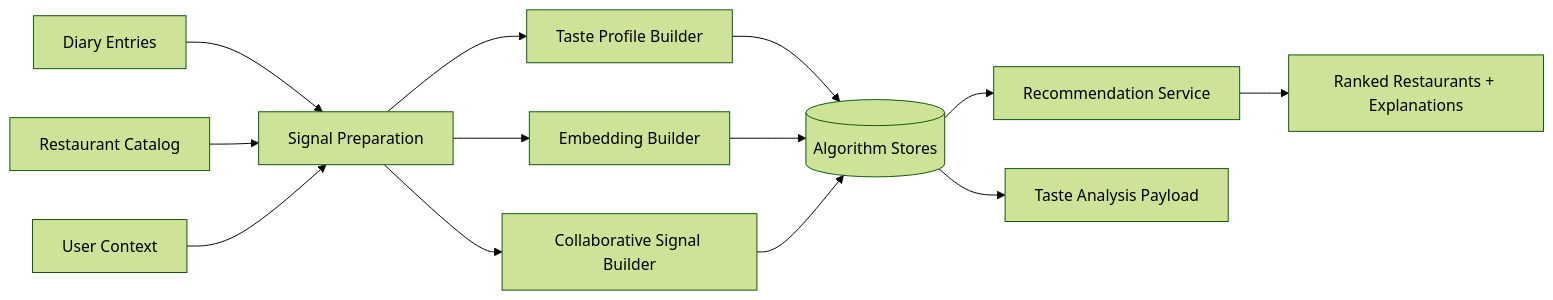
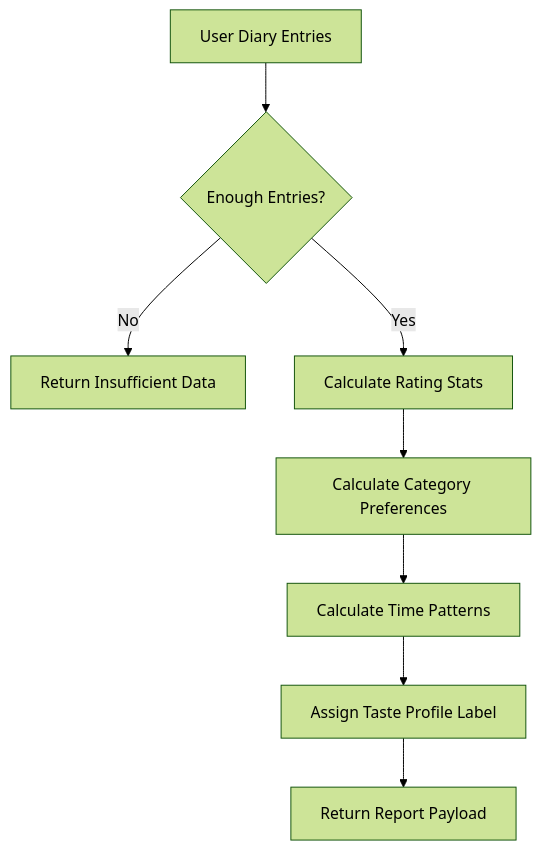
The second of 3 diagrams in juneha-algorithm.md (juneharold/cs350-snapplate), drawn with Mermaid (forest theme) before and after one commit. The commit also changed other lines of this file, not shown here.

Commit message:
fix: algorithm md

````diff
--- a/juneha-algorithm.md
+++ b/juneha-algorithm.md
@@ -35,15 +84,10 @@
 ```mermaid
-flowchart LR
-    A[Diary Entries] --> D[Signal Preparation]
-    B[Restaurant Catalog] --> D
-    C[User Context] --> D
-    D --> E[Taste Profile Builder]
-    D --> F[Embedding Builder]
-    D --> G[Collaborative Signal Builder]
-    E --> H[(Algorithm Stores)]
-    F --> H
-    G --> H
-    H --> I[Recommendation Service]
-    H --> J[Taste Analysis Payload]
-    I --> K[Ranked Restaurants + Explanations]
+flowchart TD
+    A[User Diary Entries] --> B{Enough Entries?}
+    B -- No --> C[Return Insufficient Data]
+    B -- Yes --> D[Calculate Rating Stats]
+    D --> E[Calculate Category Preferences]
+    E --> F[Calculate Time Patterns]
+    F --> G[Assign Taste Profile Label]
+    G --> H[Return Report Payload]
 ```
````
